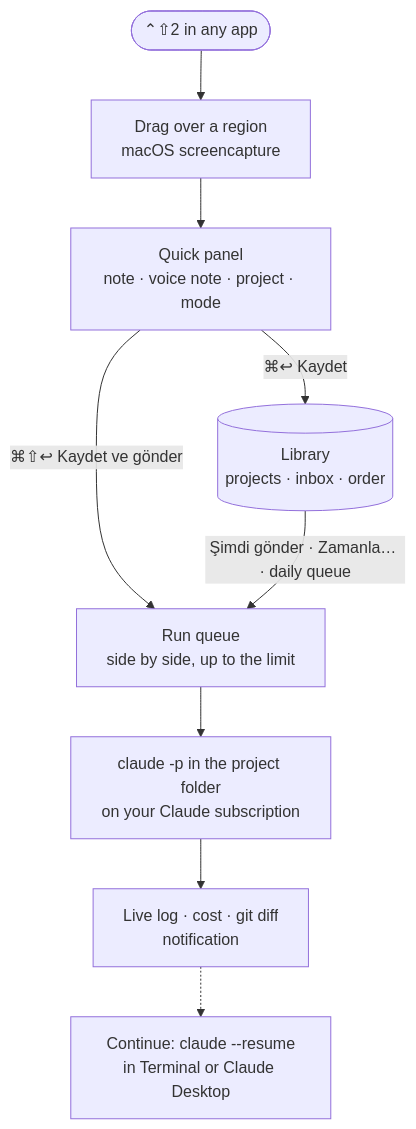
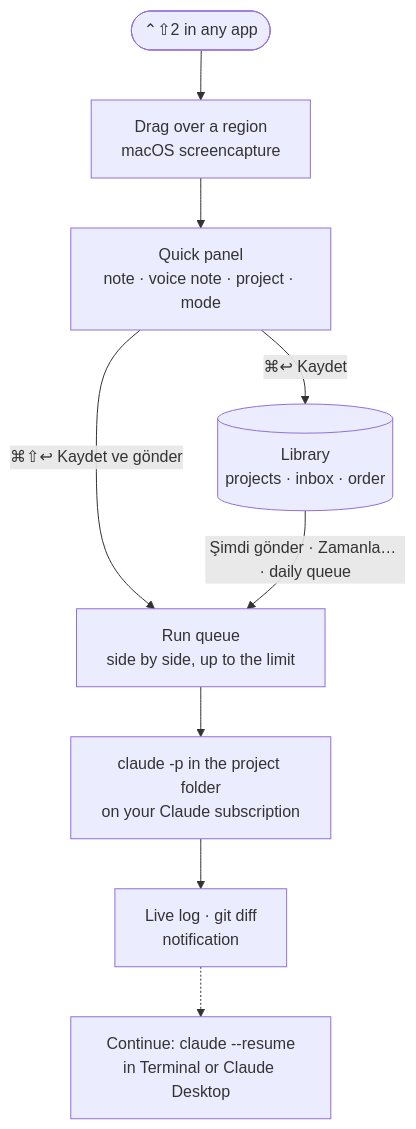
The first of 2 diagrams in README.md (egekibar/Shotcue), drawn with Mermaid before and after one commit. The commit also changed other lines of this file and 11 other files, not shown here.

````diff
--- a/README.md
+++ b/README.md
@@ -98,11 +98,11 @@
 ```mermaid
 flowchart TB
     A(["⌃⇧2 in any app"]) --> B["Drag over a region<br/>macOS screencapture"]
     B --> C["Quick panel<br/>note · voice note · project · mode"]
     C -- "⌘↩ Kaydet" --> D[("Library<br/>projects · inbox · order")]
     C -- "⌘⇧↩ Kaydet ve gönder" --> E
     D -- "Şimdi gönder · Zamanla… · daily queue" --> E["Run queue<br/>side by side, up to the limit"]
     E --> F["claude -p in the project folder<br/>on your Claude subscription"]
-    F --> G["Live log · cost · git diff<br/>notification"]
+    F --> G["Live log · git diff<br/>notification"]
     G -.-> H["Continue: claude --resume<br/>in Terminal or Claude Desktop"]
 ```
````
